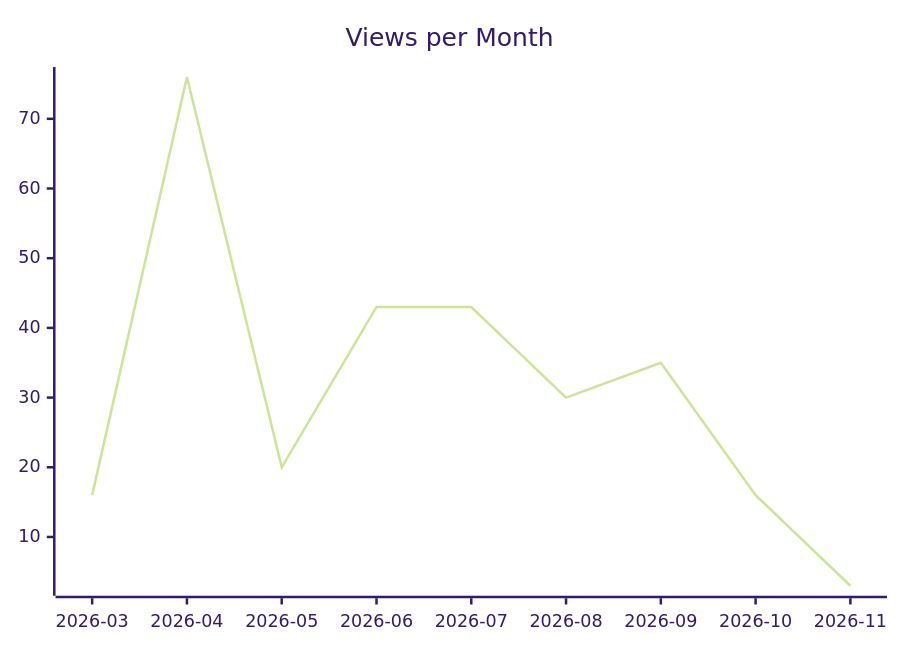
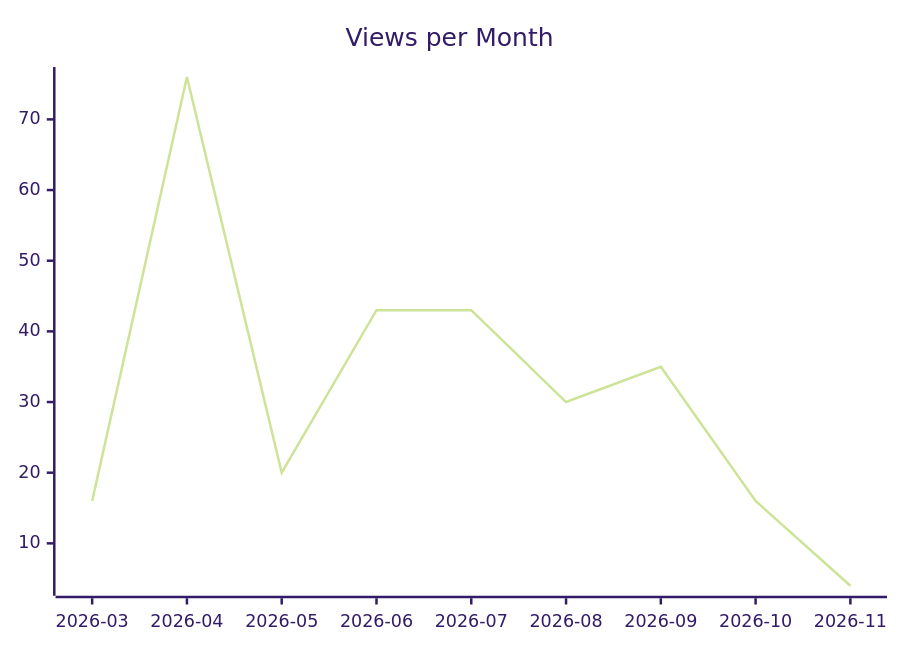
One commit to justdavis-family/github-analytics-data changed the second of 3 diagrams in karlmdavis/ksoap2-android/README.md. Above: the diagram before and after it, drawn with Mermaid (forest theme). The commit also changed other lines of this file and 199 other files, not shown here.

````diff
--- a/karlmdavis/ksoap2-android/README.md
+++ b/karlmdavis/ksoap2-android/README.md
@@ -12,6 +12,6 @@
 ```mermaid
 xychart-beta
   title "Views per Month"
   x-axis ["2026-03", "2026-04", "2026-05", "2026-06", "2026-07", "2026-08", "2026-09", "2026-10", "2026-11"]
-  line [16, 76, 20, 43, 43, 30, 35, 16, 3]
+  line [16, 76, 20, 43, 43, 30, 35, 16, 4]
 ```
````
